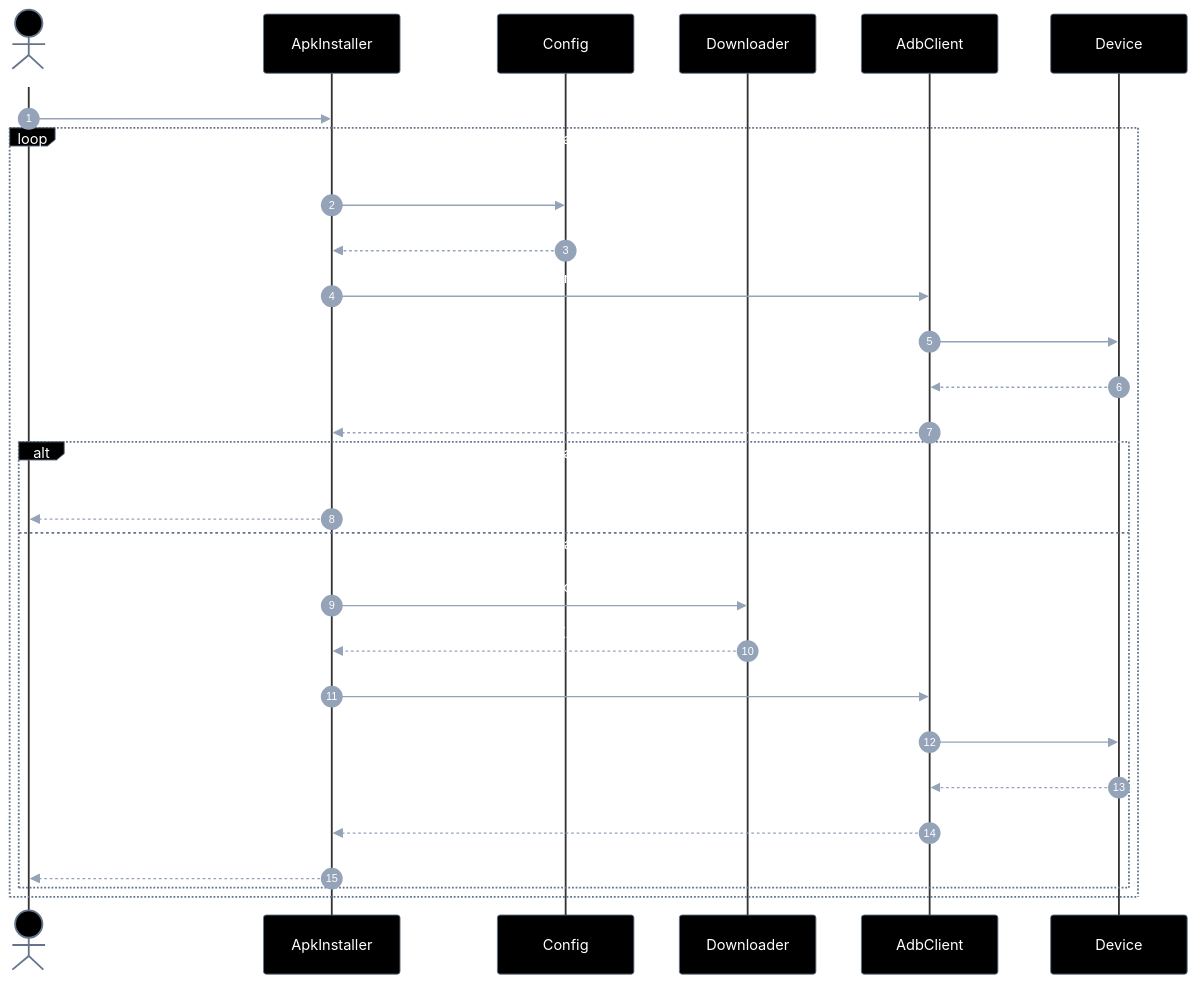
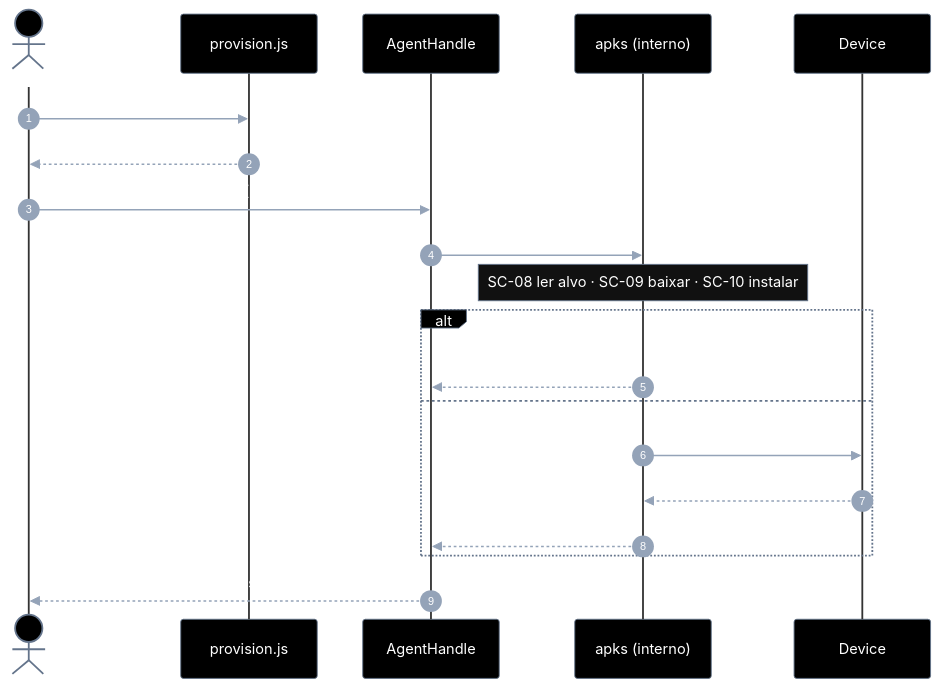
One commit to laerciogermano/workstation changed the first of 2 diagrams in connectmax/screen-robot/implementation-plan/EP-03-instalar-apks.md. Above: the diagram before and after it, drawn with Mermaid. The commit also changed other lines of this file and 5 other files, not shown here.

First line of the commit message:
Alinha planos EP-03..06 ao padrão do handle (provisionar → métodos no AgentHandle).

````diff
--- a/connectmax/screen-robot/implementation-plan/EP-03-instalar-apks.md
+++ b/connectmax/screen-robot/implementation-plan/EP-03-instalar-apks.md
@@ -40,72 +62,65 @@
 ```mermaid
 ---
 config:
   theme: base
   themeVariables:
     darkMode: true
     background: '#000000'
     primaryColor: '#000000'
     primaryTextColor: '#ffffff'
     primaryBorderColor: '#64748b'
     secondaryColor: '#000000'
     secondaryTextColor: '#ffffff'
     secondaryBorderColor: '#64748b'
     tertiaryColor: '#000000'
     tertiaryTextColor: '#ffffff'
     tertiaryBorderColor: '#64748b'
     lineColor: '#64748b'
     textColor: '#ffffff'
     mainBkg: '#000000'
     nodeBorder: '#64748b'
     clusterBkg: '#000000'
     clusterBorder: '#333333'
     titleColor: '#ffffff'
     edgeLabelBackground: '#000000'
     actorBkg: '#000000'
     actorBorder: '#64748b'
     actorTextColor: '#ffffff'
     actorLineColor: '#333333'
     signalColor: '#94a3b8'
     signalTextColor: '#ffffff'
     labelBoxBkgColor: '#000000'
     labelBoxBorderColor: '#64748b'
     labelTextColor: '#ffffff'
     loopTextColor: '#ffffff'
     noteBorderColor: '#64748b'
     noteBkgColor: '#111111'
     noteTextColor: '#ffffff'
     activationBorderColor: '#64748b'
     activationBkgColor: '#1a1a1a'
     sequenceNumberColor: '#ffffff'
     classText: '#ffffff'
 ---
 sequenceDiagram
   autonumber
   actor Dev as Caller
-  participant K as ApkInstaller
-  participant C as Config
-  participant DL as Downloader
-  participant A as AdbClient
+  participant P as provision.js
+  participant H as AgentHandle
+  participant K as apks (interno)
   participant D as Device
 
-  Dev->>K: installAppsFromConfig(serial, cfg)
-  loop para cada app em cfg.apps
-    K->>C: apps.*.package / version
-    C-->>K: alvo
-    K->>A: versionName instalada?
-    A->>D: dumpsys package
-    D-->>A: versionName|null
-    A-->>K: versão atual
-    alt já na versão alvo
-      K-->>Dev: skip
-    else precisa instalar
-      K->>DL: apkeep / artifact local
-      DL-->>K: path APK/XAPK
-      K->>A: adb install / install-multiple
-      A->>D: instalar
-      D-->>A: ok
-      A-->>K: Success
-      K-->>Dev: { installed: true, package, version }
-    end
+  Dev->>P: provisionEmulator(cfg)
+  P-->>Dev: handle
+
+  Dev->>H: installApk(app)
+  H->>K: installApk(serial, app)
+  note over K: SC-08 ler alvo · SC-09 baixar · SC-10 instalar
+  alt já na versão
+    K-->>H: skipped
+  else
+    K->>D: download + adb install
+    D-->>K: ok
+    K-->>H: installed
   end
+  H-->>Dev: InstallResult
 ```
````
